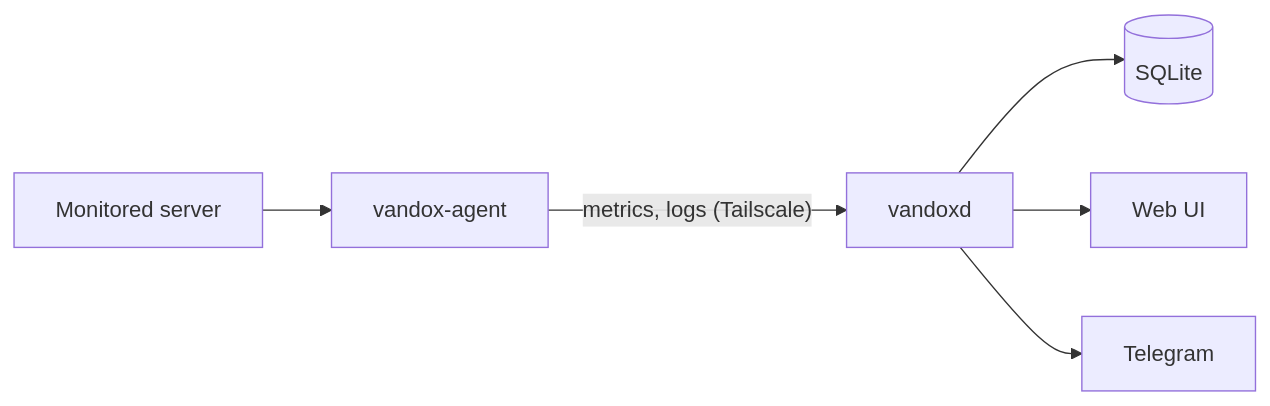
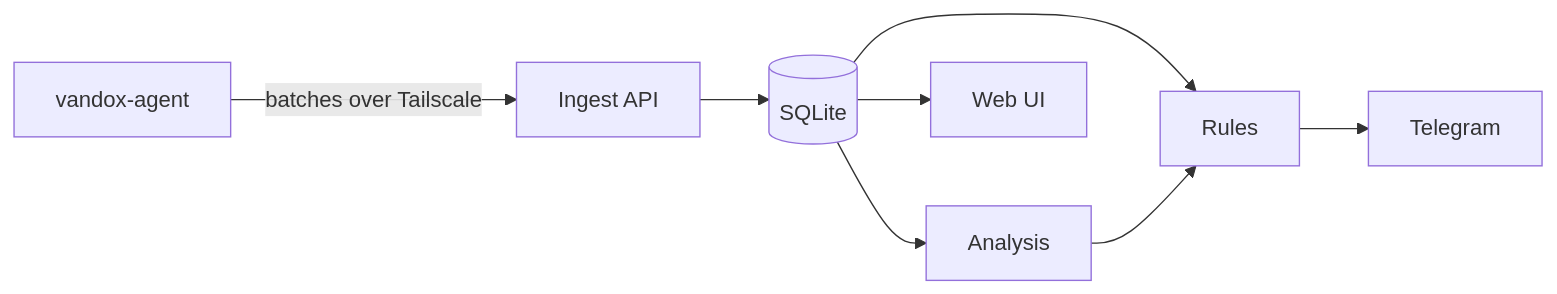
The second of 3 diagrams in docs/ARCHITECTURE.md (LarsLaskowski/Vandox), drawn with Mermaid before and after one commit. The commit also changed other lines of this file and 1 other file, not shown here.

First line of the commit message:
Rewrite architecture document for issue 6

````diff
--- a/docs/ARCHITECTURE.md
+++ b/docs/ARCHITECTURE.md
@@ -16,8 +74,10 @@
 ```mermaid
 flowchart LR
-    S[Monitored server] --> A[vandox-agent]
-    A -- "metrics, logs (Tailscale)" --> B[vandoxd]
-    B --> D[(SQLite)]
-    B --> W[Web UI]
-    B --> T[Telegram]
+    A[vandox-agent] -- "batches over Tailscale" --> I[Ingest API]
+    I --> D[(SQLite)]
+    D --> AN[Analysis]
+    D --> R[Rules]
+    D --> W[Web UI]
+    AN --> R
+    R --> T[Telegram]
 ```
````
